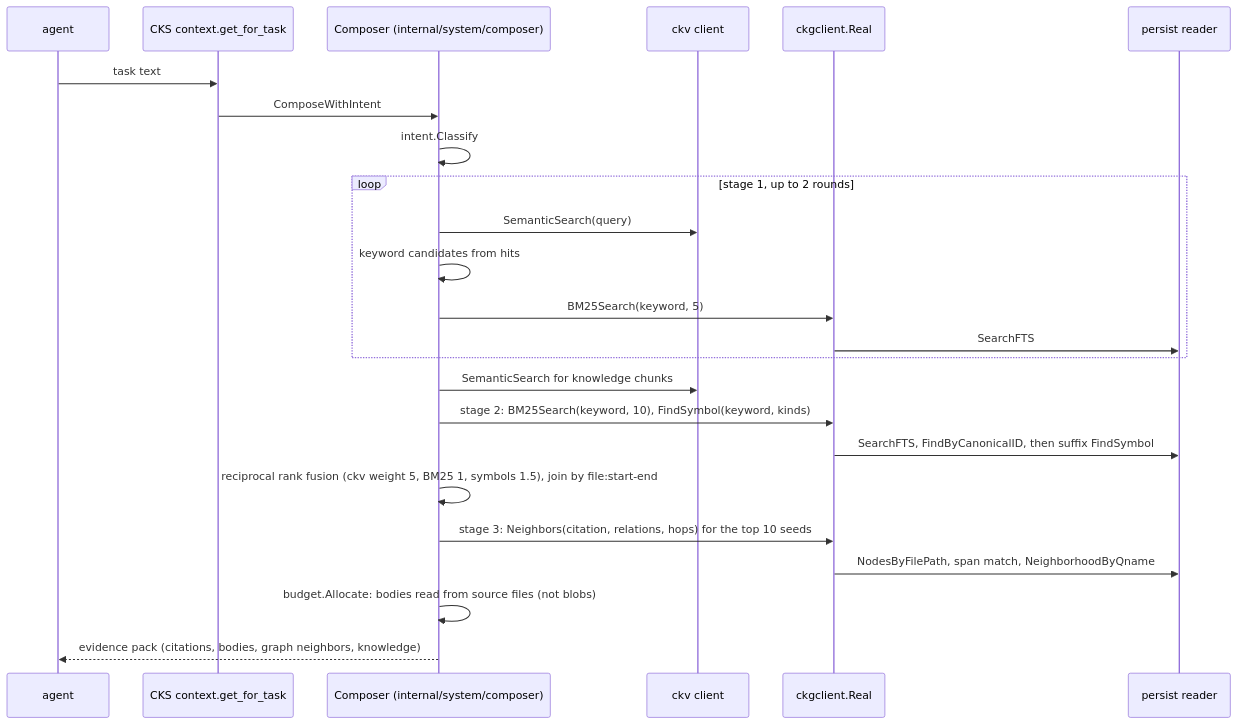
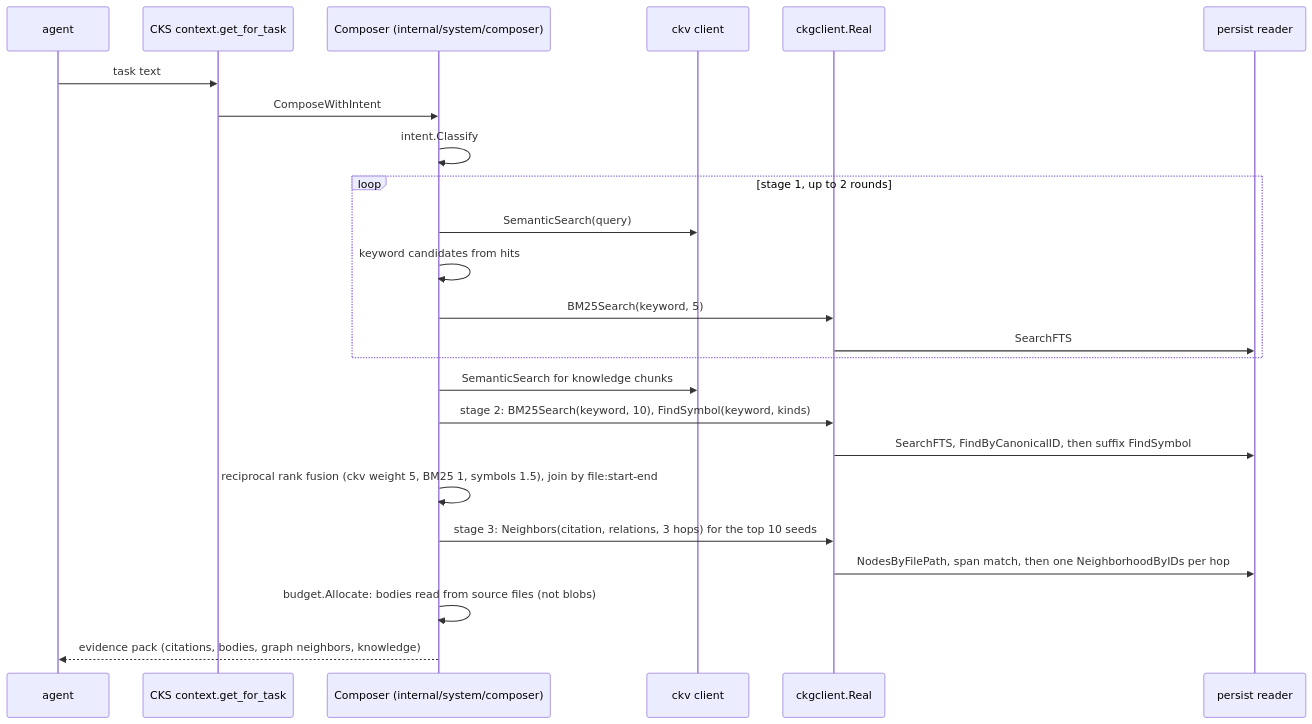
The eighth of 8 diagrams in docs/graph/CKG-STRUCTURE.md (0xmhha/knowledge-system), drawn with Mermaid before and after one commit. The commit also changed other lines of this file and 1 other file, not shown here.

First line of the commit message:
docs(graph): build scope origin, stored-table checks and fact-checked defects

````diff
--- a/docs/graph/CKG-STRUCTURE.md
+++ b/docs/graph/CKG-STRUCTURE.md
@@ -253,26 +317,26 @@
 ```mermaid
 sequenceDiagram
   participant A as agent
   participant T as CKS context.get_for_task
   participant P as Composer (internal/system/composer)
   participant V as ckv client
   participant G as ckgclient.Real
   participant S as persist reader
   A->>T: task text
   T->>P: ComposeWithIntent
   P->>P: intent.Classify
   loop stage 1, up to 2 rounds
     P->>V: SemanticSearch(query)
     P->>P: keyword candidates from hits
     P->>G: BM25Search(keyword, 5)
     G->>S: SearchFTS
   end
   P->>V: SemanticSearch for knowledge chunks
   P->>G: stage 2: BM25Search(keyword, 10), FindSymbol(keyword, kinds)
   G->>S: SearchFTS, FindByCanonicalID, then suffix FindSymbol
   P->>P: reciprocal rank fusion (ckv weight 5, BM25 1, symbols 1.5), join by file:start-end
-  P->>G: stage 3: Neighbors(citation, relations, hops) for the top 10 seeds
-  G->>S: NodesByFilePath, span match, NeighborhoodByQname
+  P->>G: stage 3: Neighbors(citation, relations, 3 hops) for the top 10 seeds
+  G->>S: NodesByFilePath, span match, then one NeighborhoodByIDs per hop
   P->>P: budget.Allocate: bodies read from source files (not blobs)
   P-->>A: evidence pack (citations, bodies, graph neighbors, knowledge)
 ```
````
